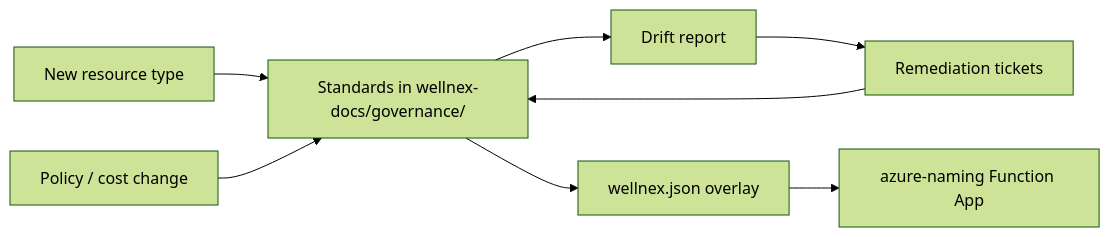
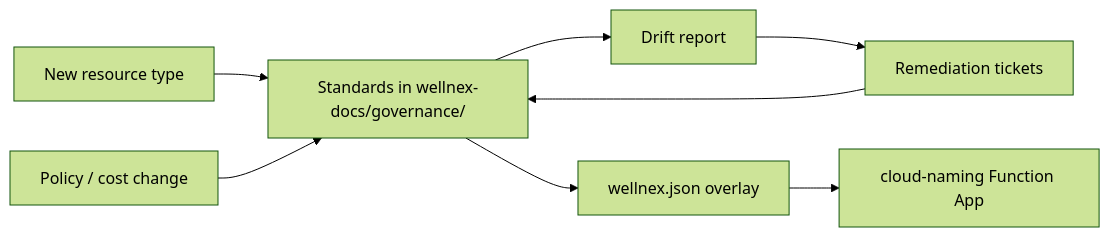
Before and after one commit to eny-tech/wellnex-projects: the diagram in projects/active/cloud-governance/README.md, drawn with Mermaid (forest theme). The commit also changed other lines of this file and 3 other files, not shown here.

First line of the commit message:
docs(cloud-governance): land IaC home decision + Azure deploy + cloud-naming migration plans

````diff
--- a/projects/active/cloud-governance/README.md
+++ b/projects/active/cloud-governance/README.md
@@ -66,10 +66,10 @@
 ```mermaid
 graph LR
   A[Standards in wellnex-docs/governance/] --> B[Drift report]
   B --> C[Remediation tickets]
   C --> A
   D[New resource type] --> A
   E[Policy / cost change] --> A
   A --> F[wellnex.json overlay]
-  F --> G[azure-naming Function App]
+  F --> G[cloud-naming Function App]
 ```
````
